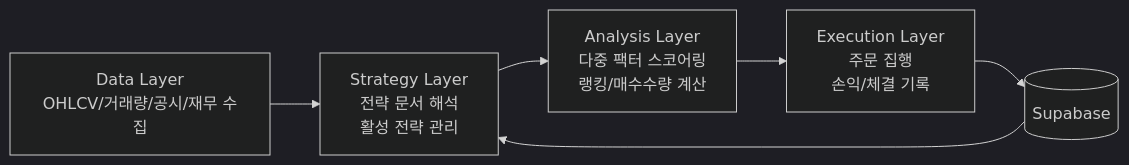
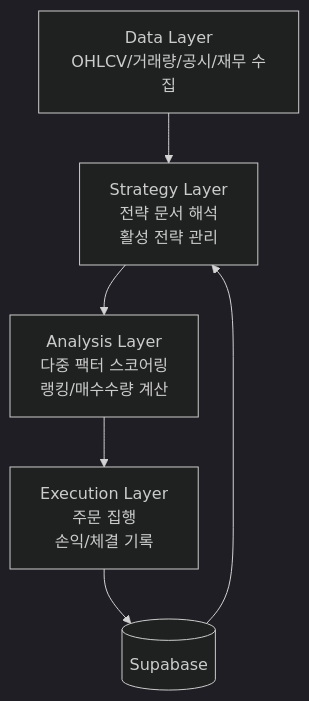
One commit to gyuha/blog changed the first of 4 diagrams in content/post/2026/2026-02-18-openclaw-trading-system-guide.md. Above: the diagram before and after it, drawn with Mermaid (dark theme).

Commit message:
시스템 구조 아키텍처 다이어그램의 방향을 LR에서 TB로 변경

````diff
--- a/content/post/2026/2026-02-18-openclaw-trading-system-guide.md
+++ b/content/post/2026/2026-02-18-openclaw-trading-system-guide.md
@@ -32,8 +32,8 @@
 ```mermaid
-flowchart LR
+flowchart TB
     A[Data Layer\nOHLCV/거래량/공시/재무 수집] --> B[Strategy Layer\n전략 문서 해석\n활성 전략 관리]
     B --> C[Analysis Layer\n다중 팩터 스코어링\n랭킹/매수수량 계산]
     C --> D[Execution Layer\n주문 집행\n손익/체결 기록]
     D --> E[(Supabase)]
     E --> B
 ```
````
